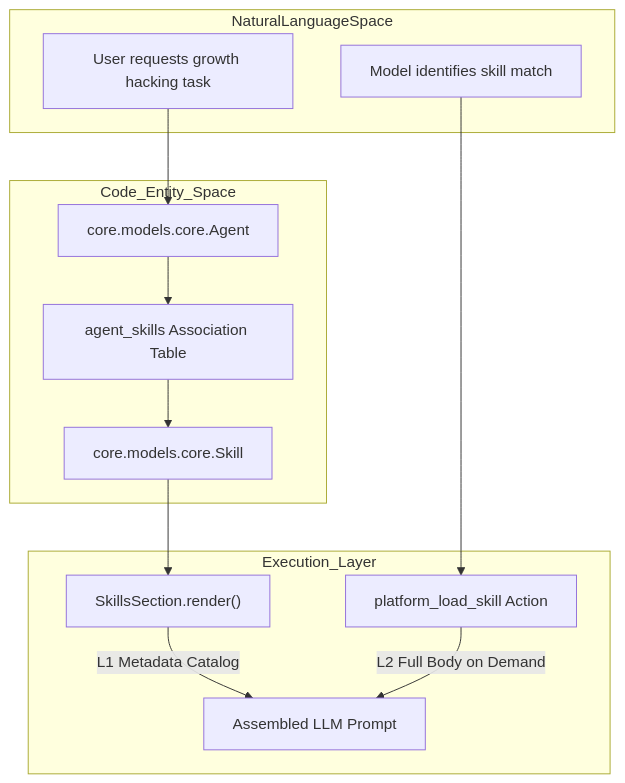
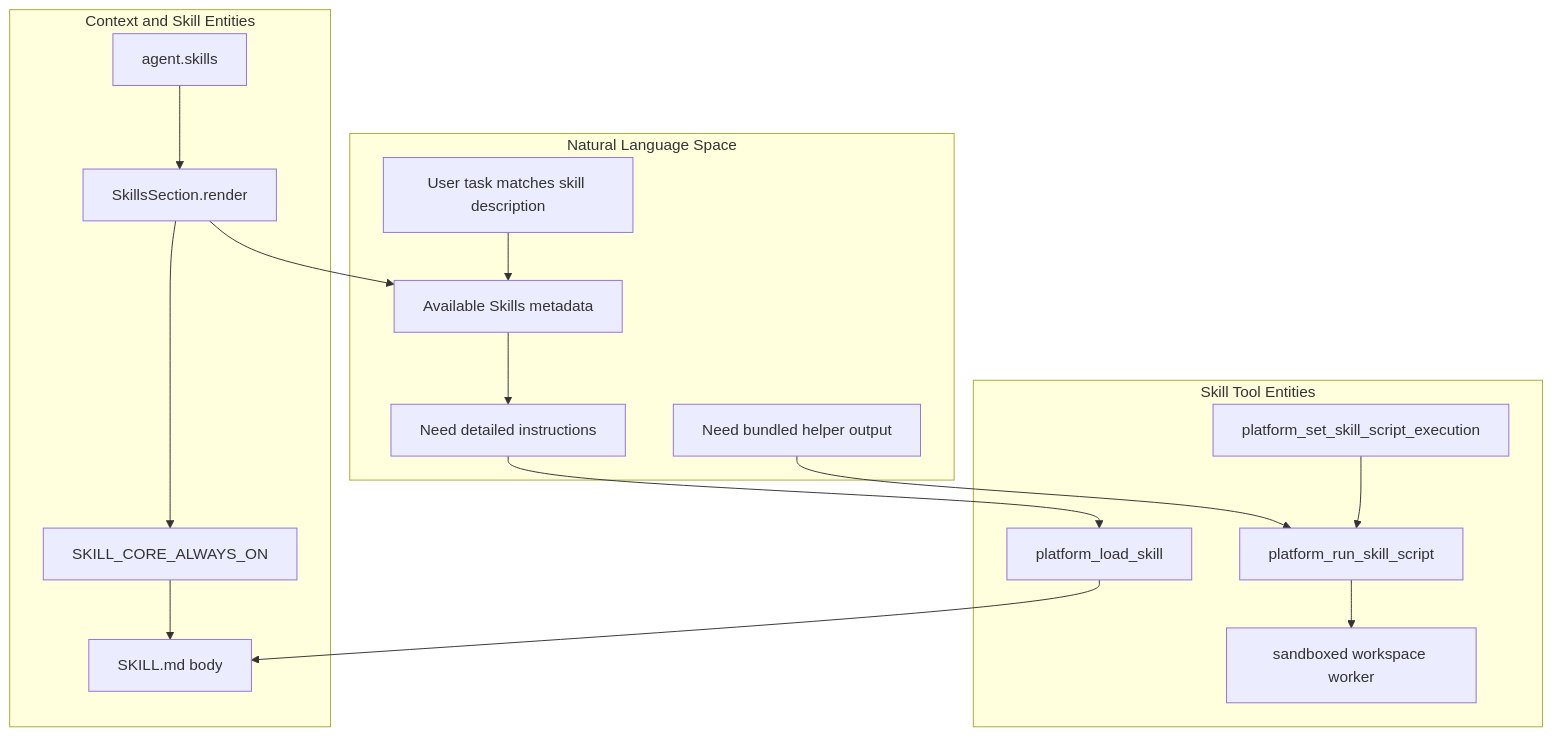
The second of 3 diagrams in docs/agents/agent-plugins-skills.md (AutomatosAI/automatos-ai), drawn with Mermaid before and after one commit. The commit also changed other lines of this file and 188 other files, not shown here.

First line of the commit message:
docs: refresh architecture docs and add coverage for new subsystems (#1416)

````diff
--- a/docs/agents/agent-plugins-skills.md
+++ b/docs/agents/agent-plugins-skills.md
@@ -120,27 +134,35 @@
 ```mermaid
 graph TD
-    subgraph "NaturalLanguageSpace"
-        Intent["User requests growth hacking task"]
-        SkillQuery["Model identifies skill match"]
+    subgraph NaturalLanguageSpace["Natural Language Space"]
+        Task["User task matches skill description"]
+        Catalog["Available Skills metadata"]
+        RequestBody["Need detailed instructions"]
+        ScriptIntent["Need bundled helper output"]
     end
 
-    subgraph "Code_Entity_Space"
-        Agent["core.models.core.Agent"]
-        Skill["core.models.core.Skill"]
-        Assoc["agent_skills Association Table"]
+    subgraph ContextEntities["Context and Skill Entities"]
+        AgentSkills["agent.skills"]
+        Section["SkillsSection.render"]
+        Core["SKILL_CORE_ALWAYS_ON"]
+        SkillBody["SKILL.md body"]
     end
 
-    subgraph "Execution_Layer"
-        Sec["SkillsSection.render()"]
-        Tool["platform_load_skill Action"]
-        Prompt["Assembled LLM Prompt"]
+    subgraph ToolEntities["Skill Tool Entities"]
+        LoadAction["platform_load_skill"]
+        RunAction["platform_run_skill_script"]
+        EnableAction["platform_set_skill_script_execution"]
+        Worker["sandboxed workspace worker"]
     end
 
-    Intent --> Agent
-    Agent --> Assoc
-    Assoc --> Skill
-    Skill --> Sec
-    Sec -- "L1 Metadata Catalog" --> Prompt
-    SkillQuery --> Tool
-    Tool -- "L2 Full Body on Demand" --> Prompt
+    AgentSkills --> Section
+    Section --> Core
+    Core --> SkillBody
+    Section --> Catalog
+    Task --> Catalog
+    Catalog --> RequestBody
+    RequestBody --> LoadAction
+    LoadAction --> SkillBody
+    ScriptIntent --> RunAction
+    RunAction --> Worker
+    EnableAction --> RunAction
 ```
````
